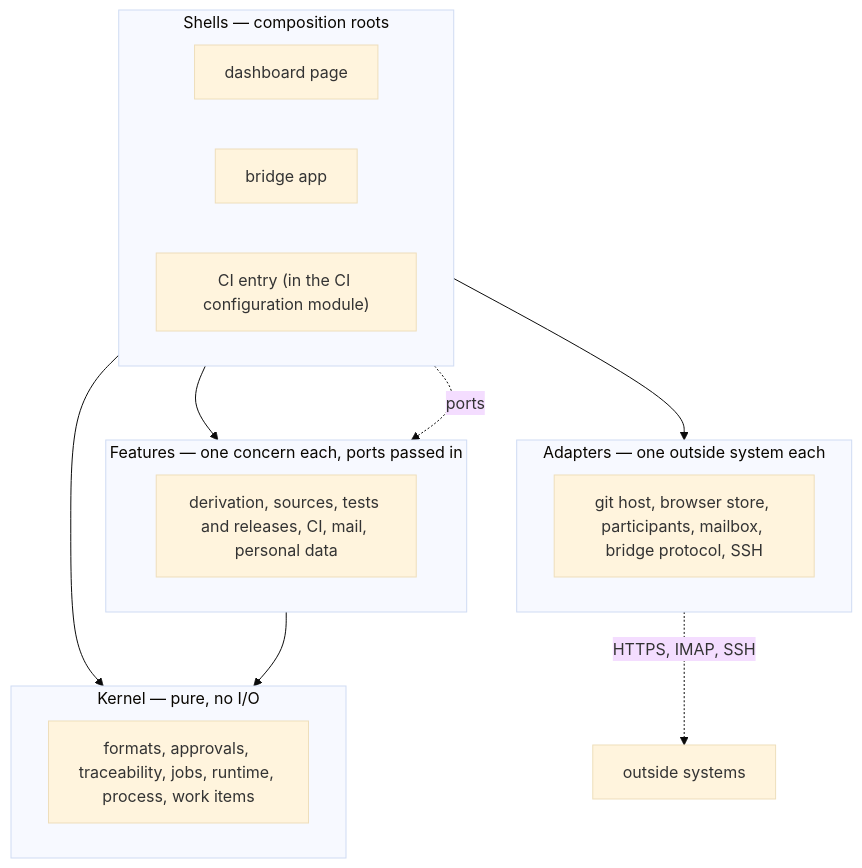
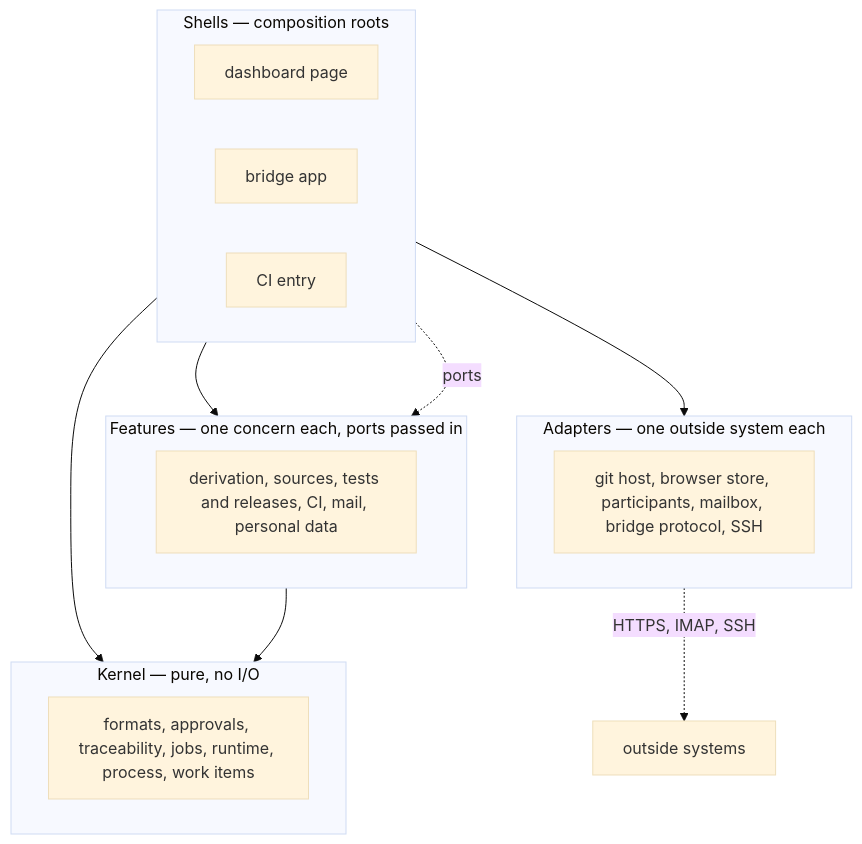
One commit to akmaier/agent-m changed the diagram in docs/architecture/ARC-003-layers-core-adapters-store-ui.md. Above: the diagram before and after it, drawn with Mermaid (base theme). The commit also changed other lines of this file and 8 other files, not shown here.

First line of the commit message:
docs(architecture): MOD-ci-entry as the CI runtime's shell; the three accepted rules of 2026-10-01 cited (PO)

````diff
--- a/docs/architecture/ARC-003-layers-core-adapters-store-ui.md
+++ b/docs/architecture/ARC-003-layers-core-adapters-store-ui.md
@@ -106,23 +107,23 @@
 ```mermaid
 flowchart TB
     subgraph SH["Shells — composition roots"]
         DASH["dashboard page"]
         APP["bridge app"]
-        CIE["CI entry (in the CI configuration module)"]
+        CIE["CI entry"]
     end
     subgraph FE["Features — one concern each, ports passed in"]
         F["derivation, sources, tests and releases, CI, mail, personal data"]
     end
     subgraph KE["Kernel — pure, no I/O"]
         K["formats, approvals, traceability, jobs, runtime, process, work items"]
     end
     subgraph AD["Adapters — one outside system each"]
         A["git host, browser store, participants, mailbox, bridge protocol, SSH"]
     end
     SH --> FE
     SH --> KE
     SH --> AD
     FE --> KE
     SH -. "ports" .-> FE
     AD -.->|HTTPS, IMAP, SSH| EXT["outside systems"]
 ```
````
